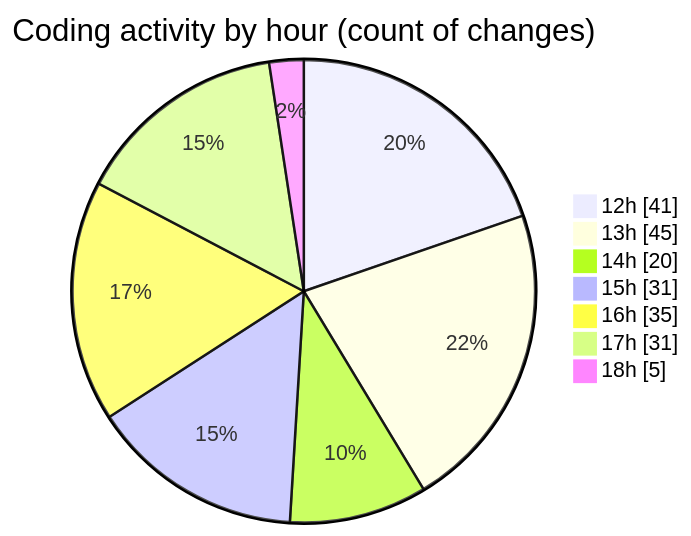
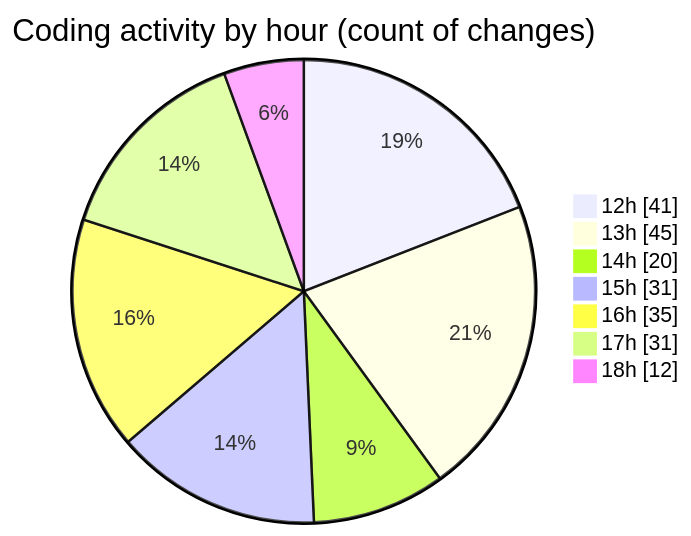
The second of 2 diagrams in 2025-12-02/cda/README.md (momahboobian/code-tracking), drawn with Mermaid before and after one commit. The commit also changed other lines of this file and 1 other file, not shown here.

````diff
--- a/2025-12-02/cda/README.md
+++ b/2025-12-02/cda/README.md
@@ -40,11 +40,11 @@
 ```mermaid
 pie showData
 title Coding activity by hour (count of changes)
 "12h" : 41
 "13h" : 45
 "14h" : 20
 "15h" : 31
 "16h" : 35
 "17h" : 31
-"18h" : 5
+"18h" : 12
 ```
````
